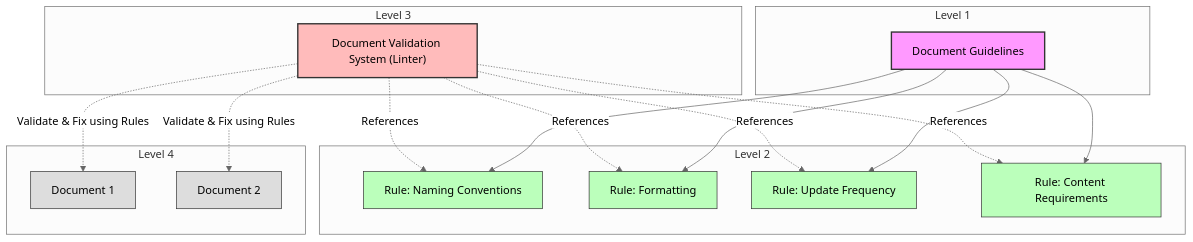
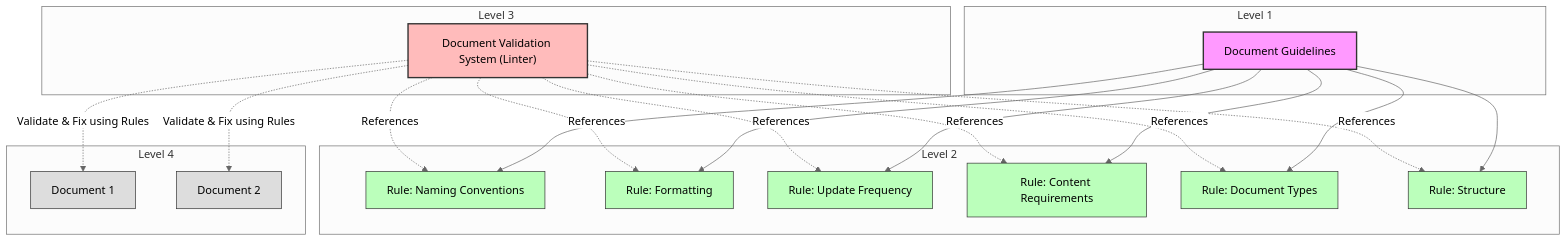
The first of 2 diagrams in README.md (ToyB0x/ai-coding-rules), drawn with Mermaid (neutral theme) before and after one commit. The commit also changed other lines of this file, not shown here.

Commit message:
docs: expand document rules section with additional types and structure criteria

````diff
--- a/README.md
+++ b/README.md
@@ -7,44 +7,52 @@
 ```mermaid
 graph TB
   subgraph "Level 1"
     A["Document Guidelines"]
   end
   
   subgraph "Level 2"
     C1["Rule: Naming Conventions"]
     C2["Rule: Formatting"]
     C3["Rule: Update Frequency"]
     C4["Rule: Content Requirements"]
+    C5["Rule: Document Types"]
+    C6["Rule: Structure"]
   end
   
   subgraph "Level 3"
     D["Document Validation System (Linter)"]
   end
   
   subgraph "Level 4"
     E1["Document 1"]
     E2["Document 2"]
   end
   
   A --> C1
   A --> C2
   A --> C3
   A --> C4
+  A --> C5
+  A --> C6
   
   D -.-> |"References"| C1
   D -.-> |"References"| C2
   D -.-> |"References"| C3
   D -.-> |"References"| C4
+  D -.-> |"References"| C5
+  D -.-> |"References"| C6
   
   D -.-> |"Validate & Fix using Rules"| E1
   D -.-> |"Validate & Fix using Rules"| E2
   
   style A fill:#f9f,stroke:#333,stroke-width:2px
   style C1 fill:#bfb,stroke:#333,stroke-width:1px
   style C2 fill:#bfb,stroke:#333,stroke-width:1px
   style C3 fill:#bfb,stroke:#333,stroke-width:1px
   style C4 fill:#bfb,stroke:#333,stroke-width:1px
+  style C5 fill:#bfb,stroke:#333,stroke-width:1px
+  style C6 fill:#bfb,stroke:#333,stroke-width:1px
   style D fill:#fbb,stroke:#333,stroke-width:2px
   style E1 fill:#ddd,stroke:#333,stroke-width:1px
   style E2 fill:#ddd,stroke:#333,stroke-width:1px
 ```
````
